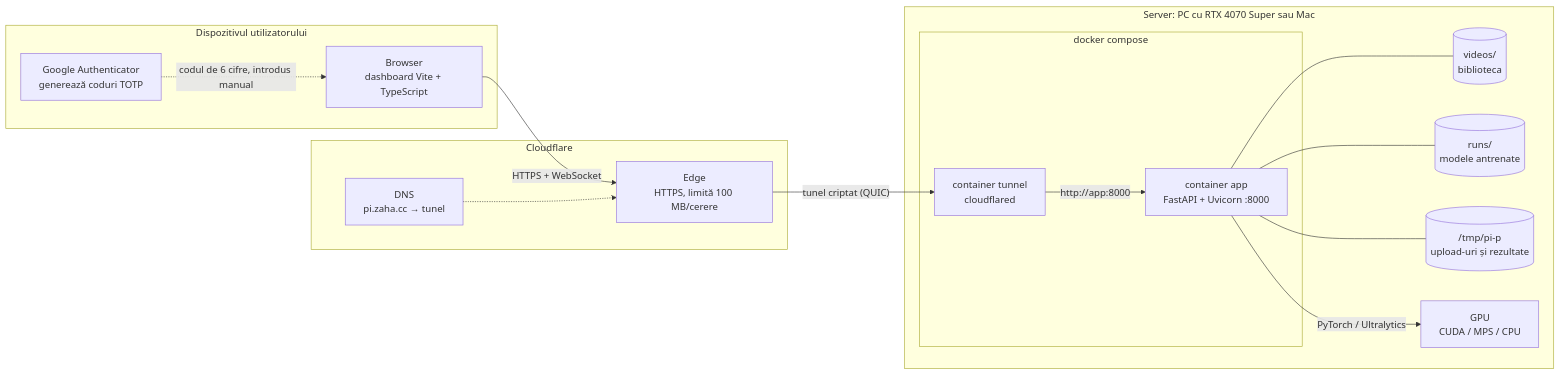
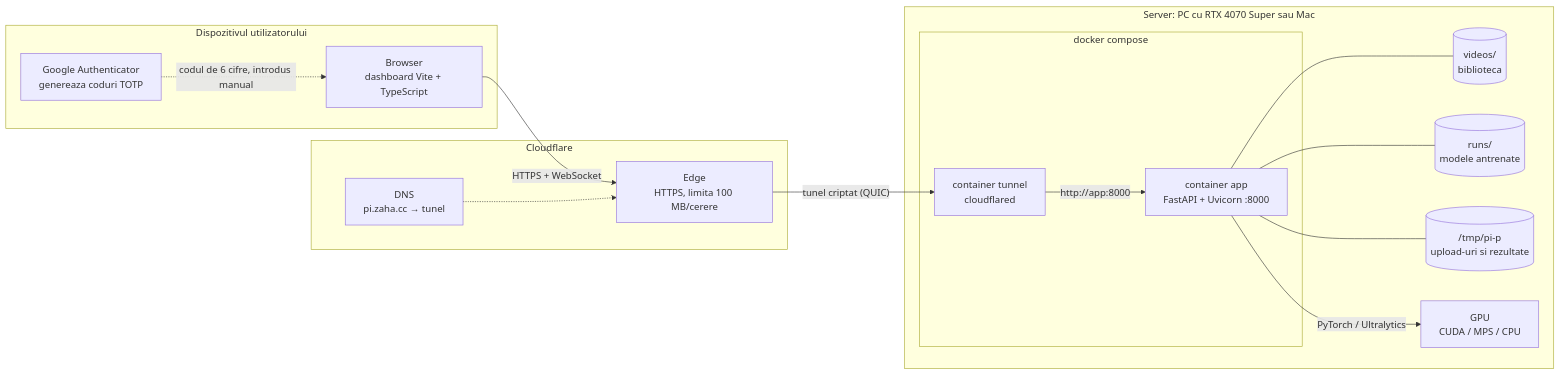
One commit to zaha27/pi-p changed the first of 7 diagrams in docs/uml.md. Above: the diagram before and after it, drawn with Mermaid. The commit also changed other lines of this file and 57 other files, not shown here.

````diff
--- a/docs/uml.md
+++ b/docs/uml.md
@@ -15,33 +15,33 @@
 ```mermaid
 flowchart LR
     subgraph Client["Dispozitivul utilizatorului"]
         B["Browser<br/>dashboard Vite + TypeScript"]
-        GA["Google Authenticator<br/>generează coduri TOTP"]
+        GA["Google Authenticator<br/>genereaza coduri TOTP"]
     end
 
     subgraph CF["Cloudflare"]
         DNS["DNS<br/>pi.zaha.cc → tunel"]
-        EDGE["Edge<br/>HTTPS, limită 100 MB/cerere"]
+        EDGE["Edge<br/>HTTPS, limita 100 MB/cerere"]
     end
 
     subgraph Host["Server: PC cu RTX 4070 Super sau Mac"]
         subgraph Docker["docker compose"]
             T["container tunnel<br/>cloudflared"]
             A["container app<br/>FastAPI + Uvicorn :8000"]
         end
         V[("videos/<br/>biblioteca")]
         R[("runs/<br/>modele antrenate")]
-        W[("/tmp/pi-p<br/>upload-uri și rezultate")]
+        W[("/tmp/pi-p<br/>upload-uri si rezultate")]
         GPU["GPU<br/>CUDA / MPS / CPU"]
     end
 
     B -- "HTTPS + WebSocket" --> EDGE
     DNS -.-> EDGE
     EDGE -- "tunel criptat (QUIC)" --> T
     T -- "http://app:8000" --> A
     A --- V
     A --- R
     A --- W
     A -- "PyTorch / Ultralytics" --> GPU
     GA -. "codul de 6 cifre, introdus manual" .-> B
 ```
````
